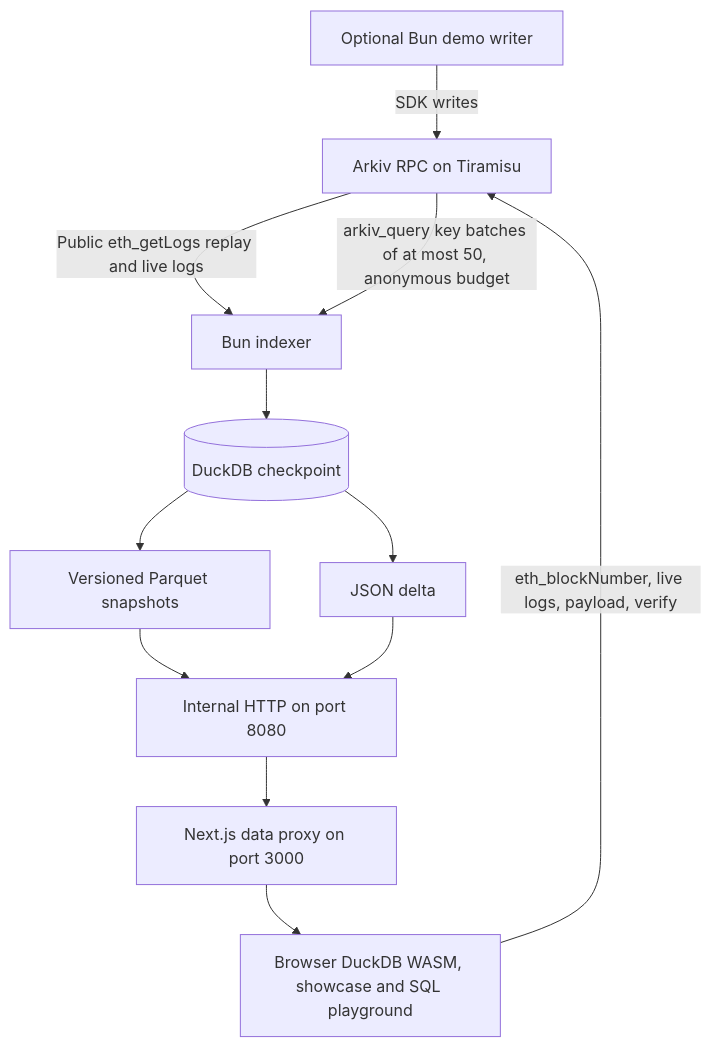
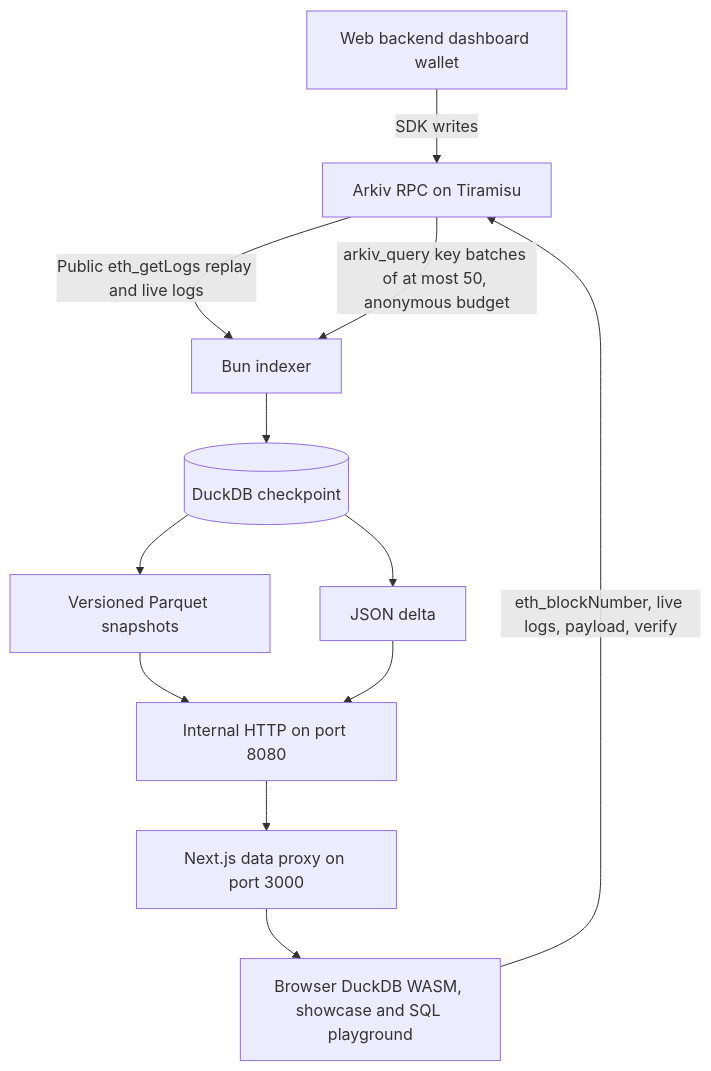
The diagram in README.md (SlayerAnsh/hackathon-duckdb-indexer), drawn with Mermaid before and after one commit. The commit also changed other lines of this file and 31 other files, not shown here.

Commit message:
chore: drop the demo writer; the dashboard wallet is the only writer and widgets are the live demo data

````diff
--- a/README.md
+++ b/README.md
@@ -14,14 +14,14 @@
 ```mermaid
 flowchart TD
   RPC[Arkiv RPC on Tiramisu] -->|Public eth_getLogs replay and live logs| Indexer[Bun indexer]
   RPC -->|arkiv_query key batches of at most 50, anonymous budget| Indexer
   Indexer --> DB[(DuckDB checkpoint)]
   DB --> Snapshot[Versioned Parquet snapshots]
   DB --> Delta[JSON delta]
   Snapshot --> HTTP[Internal HTTP on port 8080]
   Delta --> HTTP
   HTTP --> Proxy[Next.js data proxy on port 3000]
   Proxy --> Browser[Browser DuckDB WASM, showcase and SQL playground]
   Browser -->|eth_blockNumber, live logs, payload, verify| RPC
-  Writer[Optional Bun demo writer] -->|SDK writes| RPC
+  Writer[Web backend dashboard wallet] -->|SDK writes| RPC
 ```
````
